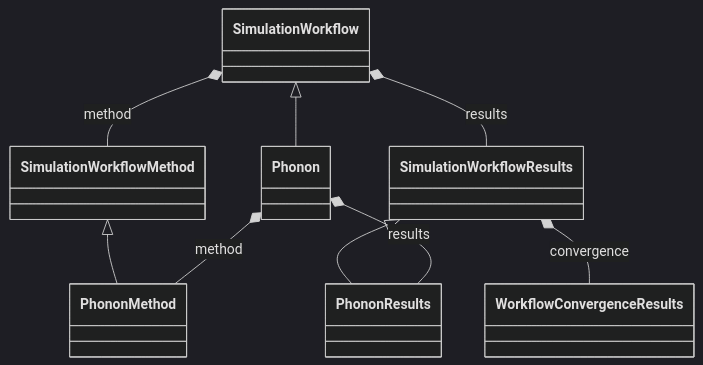
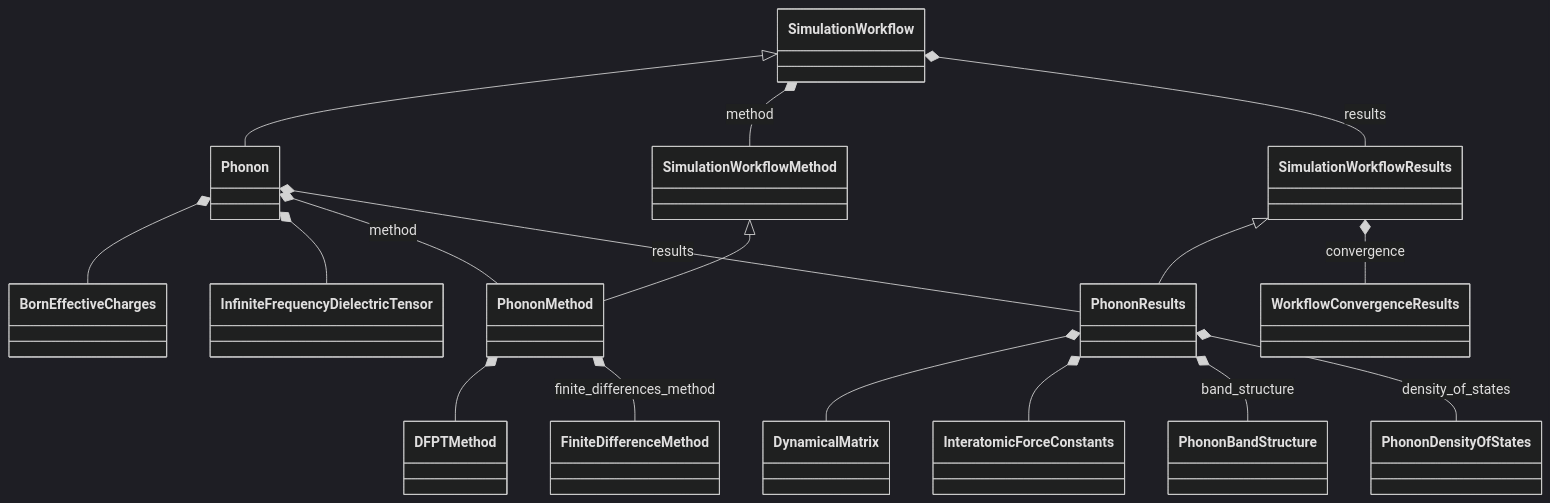
One commit to FAIRmat-NFDI/nomad-simulations changed the diagram in docs/schema/workflow_phonon.diagram.md. Above: the diagram before and after it, drawn with Mermaid (dark theme). The commit also changed 9 other files, not shown here.

````diff
--- a/docs/schema/workflow_phonon.diagram.md
+++ b/docs/schema/workflow_phonon.diagram.md
@@ -14,25 +14,49 @@
 ```mermaid
 classDiagram
+    class BornEffectiveCharges {
+    }
+    class DFPTMethod {
+    }
+    class DynamicalMatrix {
+    }
+    class FiniteDifferenceMethod {
+    }
+    class InfiniteFrequencyDielectricTensor {
+    }
+    class InteratomicForceConstants {
+    }
     class Phonon {
+    }
+    class PhononBandStructure {
+    }
+    class PhononDensityOfStates {
     }
     class PhononMethod {
     }
     class PhononResults {
     }
     class SimulationWorkflow {
     }
     class SimulationWorkflowMethod {
     }
     class SimulationWorkflowResults {
     }
     class WorkflowConvergenceResults {
     }
     SimulationWorkflow <|-- Phonon
     SimulationWorkflowMethod <|-- PhononMethod
     SimulationWorkflowResults <|-- PhononResults
+    Phonon *-- BornEffectiveCharges
+    Phonon *-- InfiniteFrequencyDielectricTensor
     Phonon *-- PhononMethod : method
     Phonon *-- PhononResults : results
+    PhononMethod *-- DFPTMethod
+    PhononMethod *-- FiniteDifferenceMethod : finite_differences_method
+    PhononResults *-- DynamicalMatrix
+    PhononResults *-- InteratomicForceConstants
+    PhononResults *-- PhononBandStructure : band_structure
+    PhononResults *-- PhononDensityOfStates : density_of_states
     SimulationWorkflow *-- SimulationWorkflowMethod : method
     SimulationWorkflow *-- SimulationWorkflowResults : results
     SimulationWorkflowResults *-- WorkflowConvergenceResults : convergence
 ```
````
